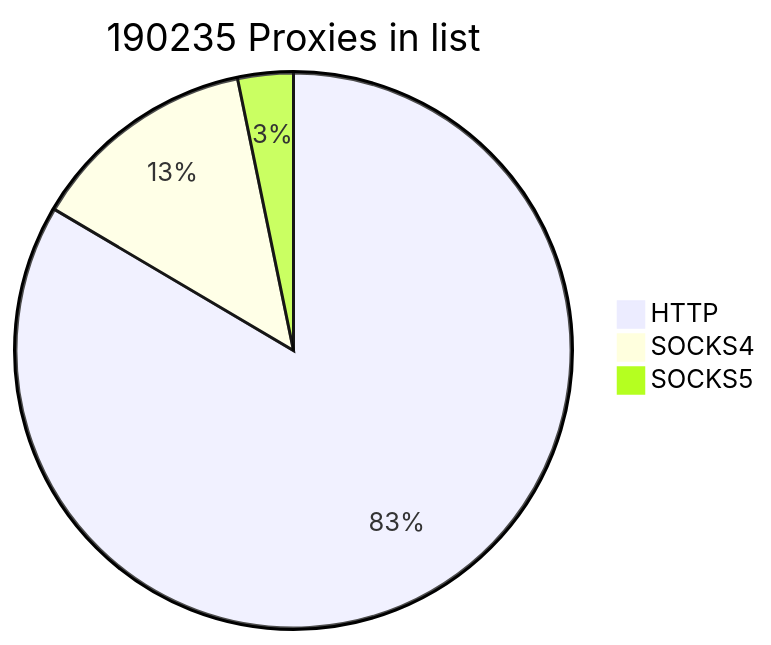
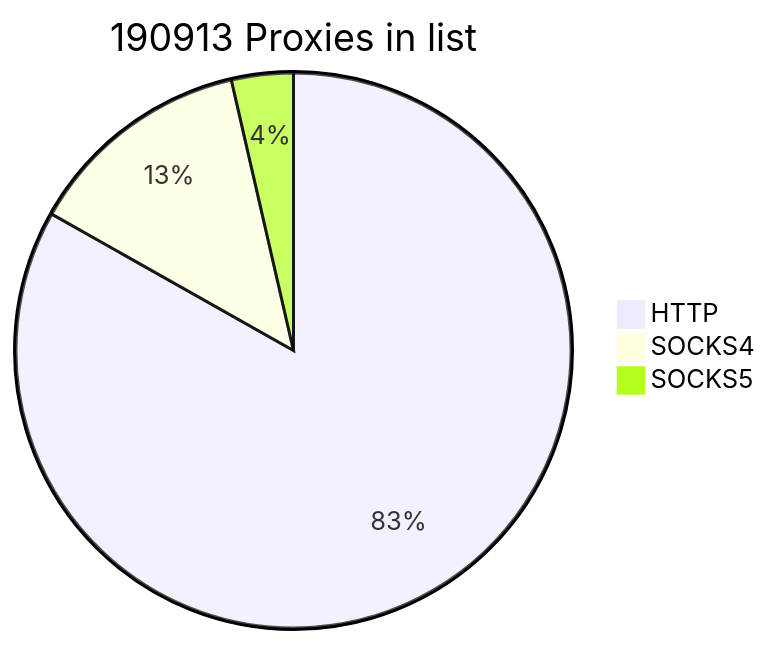
One commit to cutipu/proxylist changed the first of 2 diagrams in README.md. Above: the diagram before and after it, drawn with Mermaid. The commit also changed other lines of this file, not shown here.

````diff
--- a/README.md
+++ b/README.md
@@ -2,7 +2,7 @@
 ```mermaid
-pie title 190235 Proxies in list
-    "HTTP" : 158826
-    "SOCKS4" : 25262
-    "SOCKS5" : 6147
+pie title 190913 Proxies in list
+    "HTTP" : 158790
+    "SOCKS4" : 25261
+    "SOCKS5" : 6862
             
 ```
````
